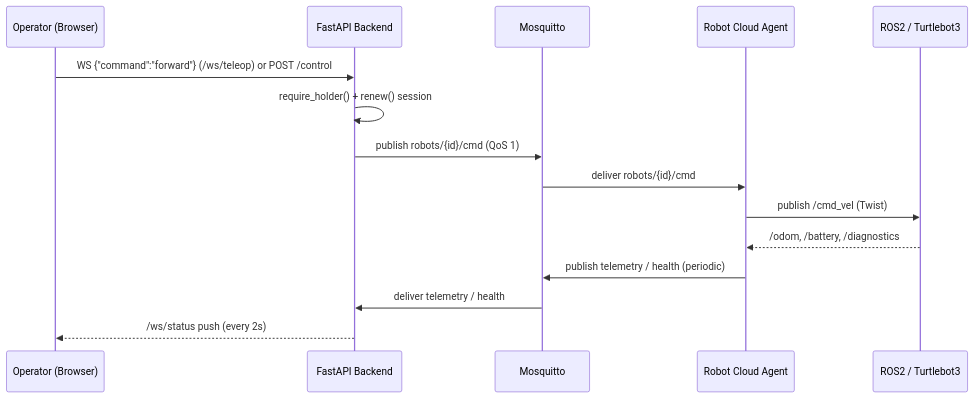
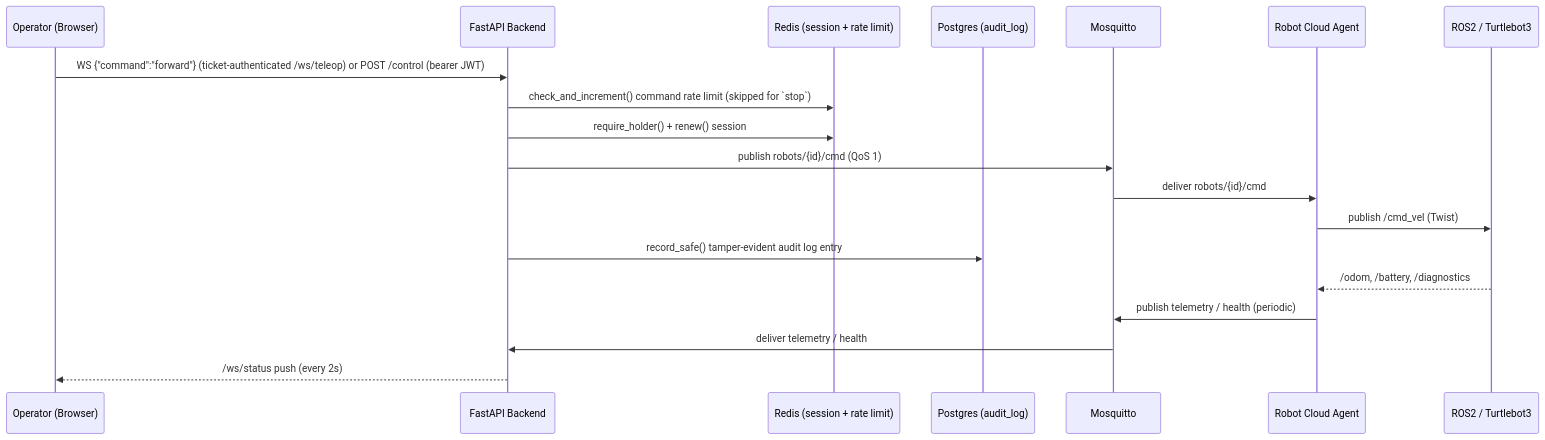
Before and after one commit to darshan-kt/cloud_robotics: the second of 4 diagrams in docs/00-overview.md, drawn with Mermaid. The commit also changed other lines of this file and 5 other files, not shown here.

````diff
--- a/docs/00-overview.md
+++ b/docs/00-overview.md
@@ -53,18 +55,22 @@
 ```mermaid
 sequenceDiagram
     participant Op as Operator (Browser)
     participant BE as FastAPI Backend
+    participant RD as Redis (session + rate limit)
+    participant PG as Postgres (audit_log)
     participant MQ as Mosquitto
     participant RA as Robot Cloud Agent
     participant ROS as ROS2 / Turtlebot3
 
-    Op->>BE: WS {"command":"forward"} (/ws/teleop) or POST /control
-    BE->>BE: require_holder() + renew() session
+    Op->>BE: WS {"command":"forward"} (ticket-authenticated /ws/teleop) or POST /control (bearer JWT)
+    BE->>RD: check_and_increment() command rate limit (skipped for `stop`)
+    BE->>RD: require_holder() + renew() session
     BE->>MQ: publish robots/{id}/cmd (QoS 1)
     MQ->>RA: deliver robots/{id}/cmd
     RA->>ROS: publish /cmd_vel (Twist)
+    BE->>PG: record_safe() tamper-evident audit log entry
     ROS-->>RA: /odom, /battery, /diagnostics
     RA->>MQ: publish telemetry / health (periodic)
     MQ->>BE: deliver telemetry / health
     BE-->>Op: /ws/status push (every 2s)
 ```
````
